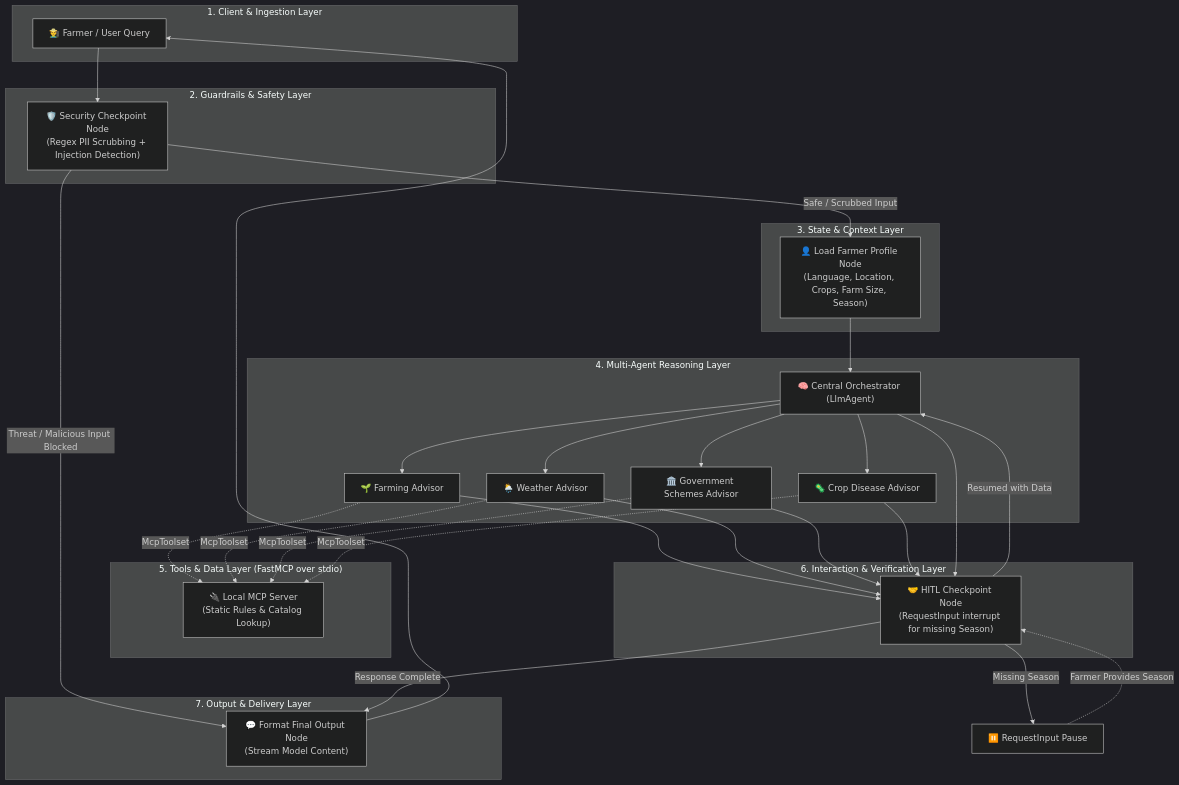
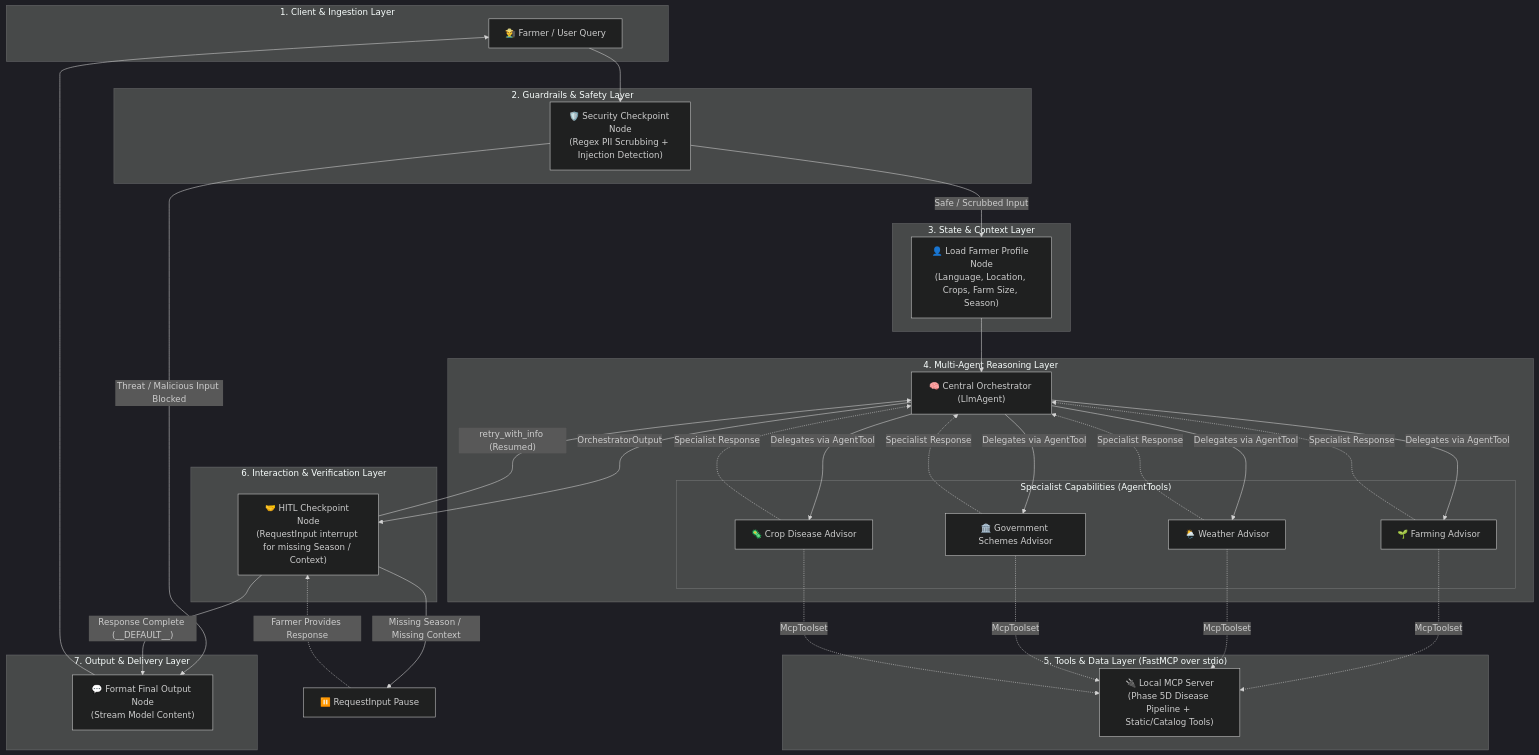
Before and after one commit to Kushagra-Dixit-0906/bharatsahayak-v2: the first of 5 diagrams in docs/ARCHITECTURE.md, drawn with Mermaid (dark theme). The commit also changed other lines of this file and 44 other files, not shown here.

Commit message:
feat: complete backend intelligence and phase 8 verification

````diff
--- a/docs/ARCHITECTURE.md
+++ b/docs/ARCHITECTURE.md
@@ -26,61 +26,64 @@
 ```mermaid
 graph TD
     subgraph ClientLayer ["1. Client & Ingestion Layer"]
         Farmer["👨‍🌾 Farmer / User Query"]
     end
 
     subgraph SecurityLayer ["2. Guardrails & Safety Layer"]
         SecNode["🛡️ Security Checkpoint Node\n(Regex PII Scrubbing + Injection Detection)"]
     end
 
     subgraph ContextLayer ["3. State & Context Layer"]
         ProfileNode["👤 Load Farmer Profile Node\n(Language, Location, Crops, Farm Size, Season)"]
     end
 
     subgraph AgentLayer ["4. Multi-Agent Reasoning Layer"]
         Orchestrator["🧠 Central Orchestrator (LlmAgent)"]
-        FA["🌱 Farming Advisor"]
-        WA["🌦️ Weather Advisor"]
-        GA["🏛️ Government Schemes Advisor"]
-        DA["🦠 Crop Disease Advisor"]
+        subgraph SubAgents ["Specialist Capabilities (AgentTools)"]
+            FA["🌱 Farming Advisor"]
+            WA["🌦️ Weather Advisor"]
+            GA["🏛️ Government Schemes Advisor"]
+            DA["🦠 Crop Disease Advisor"]
+        end
     end
 
     subgraph ToolLayer ["5. Tools & Data Layer (FastMCP over stdio)"]
-        MCPServer["🔌 Local MCP Server\n(Static Rules & Catalog Lookup)"]
+        MCPServer["🔌 Local MCP Server\n(Phase 5D Disease Pipeline + Static/Catalog Tools)"]
     end
 
     subgraph HITLLayer ["6. Interaction & Verification Layer"]
-        HITLNode["🤝 HITL Checkpoint Node\n(RequestInput interrupt for missing Season)"]
+        HITLNode["🤝 HITL Checkpoint Node\n(RequestInput interrupt for missing Season / Context)"]
     end
 
     subgraph OutputLayer ["7. Output & Delivery Layer"]
         FormatOut["💬 Format Final Output Node\n(Stream Model Content)"]
     end
 
     Farmer --> SecNode
     SecNode -- Threat / Malicious Input Blocked --> FormatOut
     SecNode -- Safe / Scrubbed Input --> ProfileNode
     ProfileNode --> Orchestrator
 
-    Orchestrator --> FA
-    Orchestrator --> WA
-    Orchestrator --> GA
-    Orchestrator --> DA
+    Orchestrator -- "Delegates via AgentTool" --> FA
+    Orchestrator -- "Delegates via AgentTool" --> WA
+    Orchestrator -- "Delegates via AgentTool" --> GA
+    Orchestrator -- "Delegates via AgentTool" --> DA
 
     FA -. McpToolset .-> MCPServer
     WA -. McpToolset .-> MCPServer
     GA -. McpToolset .-> MCPServer
     DA -. McpToolset .-> MCPServer
 
-    FA --> HITLNode
-    WA --> HITLNode
-    GA --> HITLNode
-    DA --> HITLNode
-    Orchestrator --> HITLNode
+    FA -. Specialist Response .-> Orchestrator
+    WA -. Specialist Response .-> Orchestrator
+    GA -. Specialist Response .-> Orchestrator
+    DA -. Specialist Response .-> Orchestrator
 
-    HITLNode -- Missing Season --> PauseReq["⏸️ RequestInput Pause"]
-    PauseReq -. Farmer Provides Season .-> HITLNode
-    HITLNode -- Resumed with Data --> Orchestrator
-    HITLNode -- Response Complete --> FormatOut
+    Orchestrator -- OrchestratorOutput --> HITLNode
+
+    HITLNode -- Missing Season / Missing Context --> PauseReq["⏸️ RequestInput Pause"]
+    PauseReq -. Farmer Provides Response .-> HITLNode
+    HITLNode -- "retry_with_info (Resumed)" --> Orchestrator
+    HITLNode -- "Response Complete (__DEFAULT__)" --> FormatOut
     FormatOut --> Farmer
 ```
````
